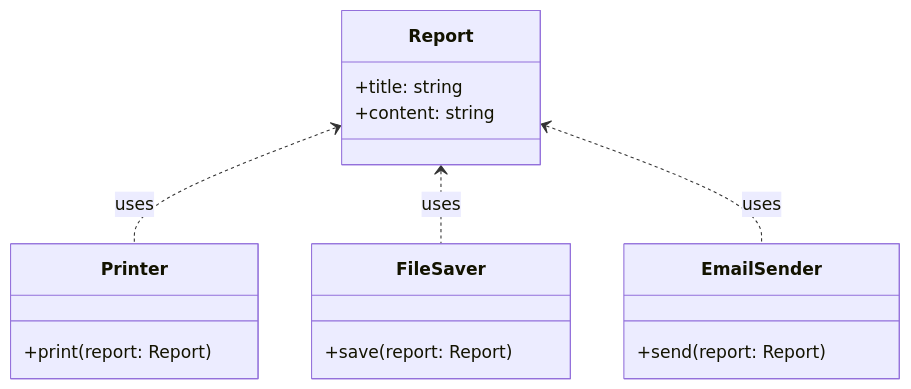
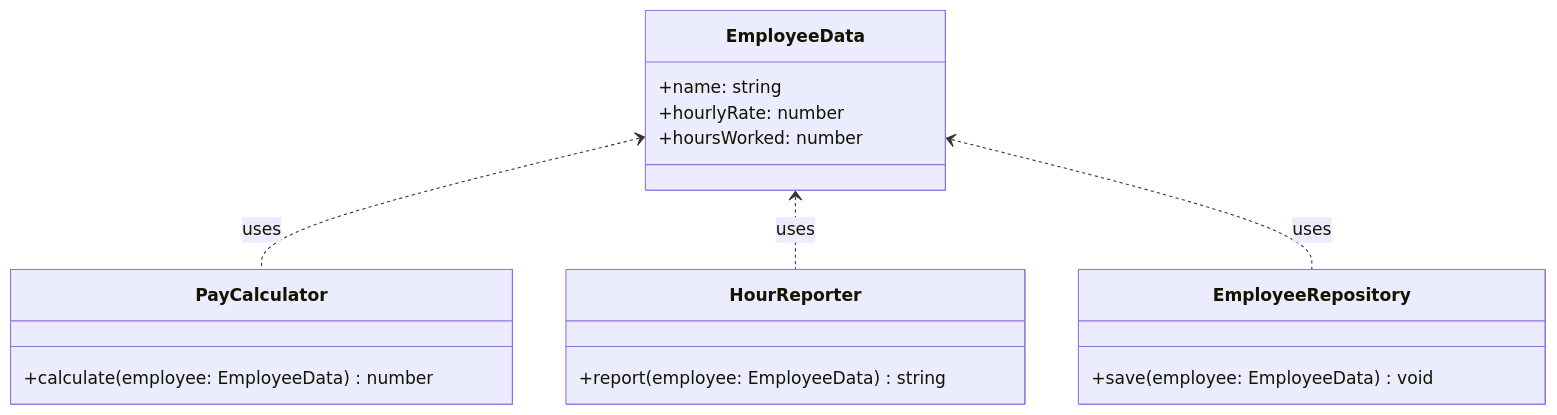
Before and after one commit to shuji-bonji/Notes-on-SOLID-Principle: the fourth of 8 diagrams in docs/single-responsibility-principle.md, drawn with Mermaid. The commit also changed other lines of this file and 1 other file, not shown here.

````diff
--- a/docs/single-responsibility-principle.md
+++ b/docs/single-responsibility-principle.md
@@ -156,23 +193,24 @@
 ```mermaid
 classDiagram
-  class Report {
-    +title: string
-    +content: string
+  class EmployeeData {
+    +name: string
+    +hourlyRate: number
+    +hoursWorked: number
   }
 
-  class Printer {
-    +print(report: Report)
+  class PayCalculator {
+    +calculate(employee: EmployeeData) number
   }
 
-  class FileSaver {
-    +save(report: Report)
+  class HourReporter {
+    +report(employee: EmployeeData) string
   }
 
-  class EmailSender {
-    +send(report: Report)
+  class EmployeeRepository {
+    +save(employee: EmployeeData) void
   }
 
-  Report <.. Printer : uses
-  Report <.. FileSaver : uses
-  Report <.. EmailSender : uses
+  EmployeeData <.. PayCalculator : uses
+  EmployeeData <.. HourReporter : uses
+  EmployeeData <.. EmployeeRepository : uses
 ```
````
